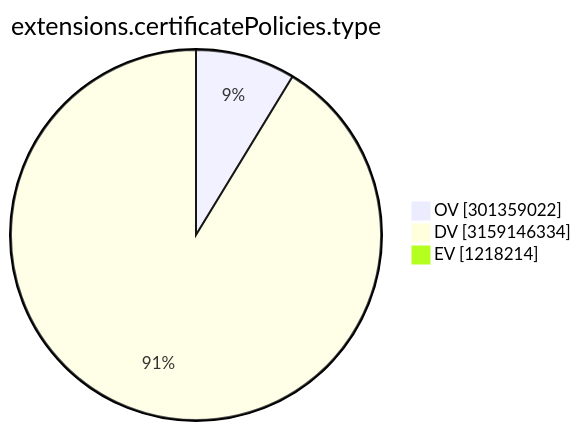
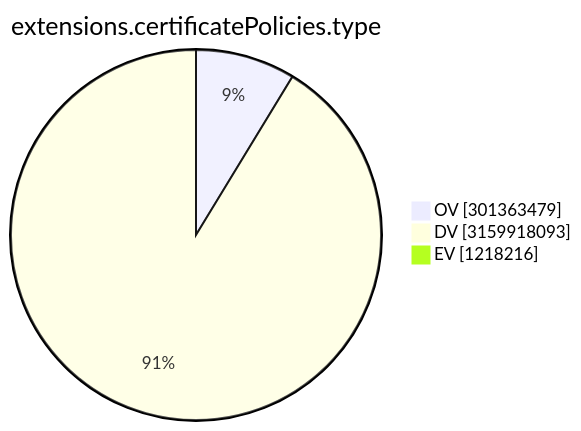
The ninth of 15 diagrams in TOTAL/README.md (christiankrug/ctmonitor_visualization), drawn with Mermaid before and after one commit. The commit also changed other lines of this file, not shown here.

````diff
--- a/TOTAL/README.md
+++ b/TOTAL/README.md
@@ -3105,7 +3105,7 @@
 ```mermaid
 pie showData
 title extensions.certificatePolicies.type
-"OV" :301359022
-"DV" :3159146334
-"EV" :1218214
+"OV" :301363479
+"DV" :3159918093
+"EV" :1218216
 ```
````
